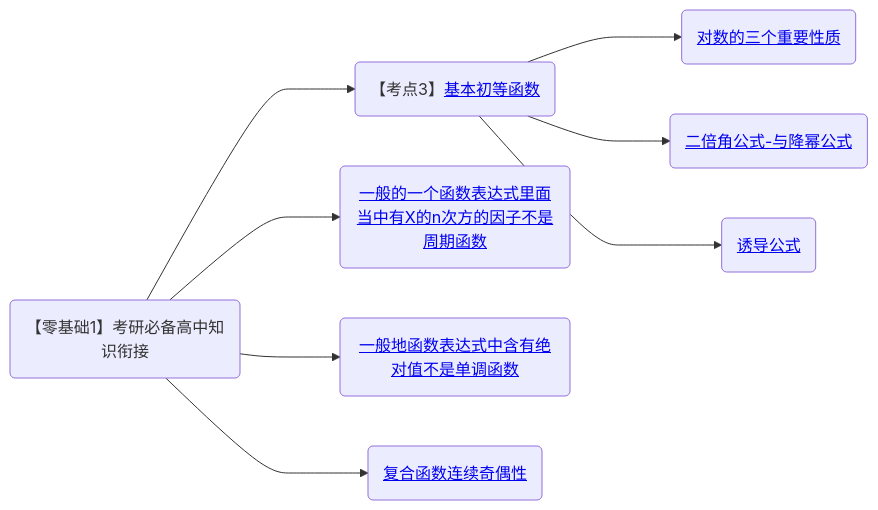
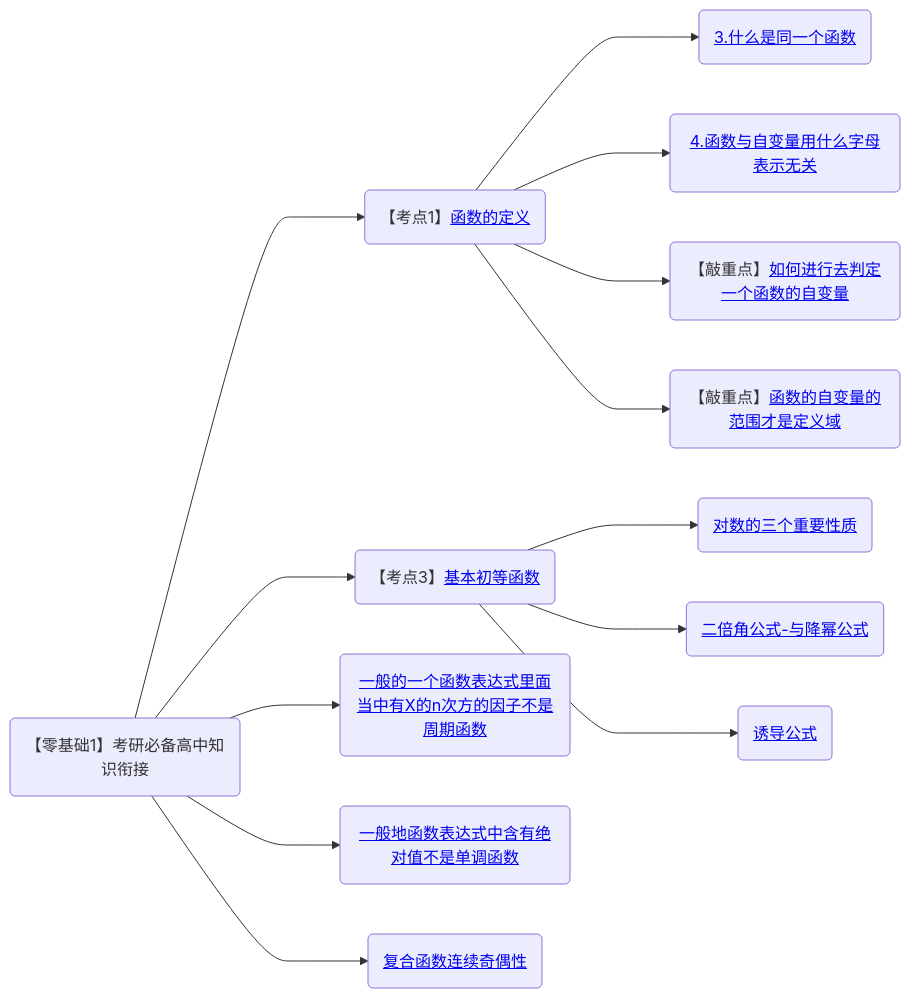
Before and after one commit to yuebinghui/note: the second of 11 diagrams in 笔记/数学/周洋鑫/框架.md, drawn with Mermaid. The commit also changed 2 other files, not shown here.

Commit message:
Wed Sep 11 09:20:00 CST 2024

````diff
--- a/笔记/数学/周洋鑫/框架.md
+++ b/笔记/数学/周洋鑫/框架.md
@@ -11,17 +11,23 @@
 ```mermaid
 graph LR
 考研必备高中知识衔接(【零基础1】考研必备高中知识衔接)
+
+考研必备高中知识衔接--->函数的定义(【考点1】<a href="/Users/yuebinghui/Documents/program/github/note/笔记/数学/周洋鑫/02.零基础核心考点精讲1-1～2-1.md#函数的定义">函数的定义</>)
+函数的定义--->3.什么是同一个函数(<a href="/Users/yuebinghui/Documents/program/github/note/笔记/数学/周洋鑫/02.零基础核心考点精讲1-1～2-1.md#3.什么是同一个函数">3.什么是同一个函数</>)
+函数的定义--->4.函数与自变量用什么字母表示无关(<a href="/Users/yuebinghui/Documents/program/github/note/笔记/数学/周洋鑫/02.零基础核心考点精讲1-1～2-1.md#4.函数与自变量用什么字母表示无关">4.函数与自变量用什么字母表示无关</>)
+函数的定义--->如何进行去判定一个函数的自变量(【敲重点】<a href="/Users/yuebinghui/Documents/program/github/note/笔记/数学/周洋鑫/02.零基础核心考点精讲1-1～2-1.md#如何进行去判定一个函数的自变量">如何进行去判定一个函数的自变量</>)
+函数的定义--->函数的自变量的范围才是定义域(【敲重点】<a href="/Users/yuebinghui/Documents/program/github/note/笔记/数学/周洋鑫/02.零基础核心考点精讲1-1～2-1.md#函数的自变量的范围才是定义域">函数的自变量的范围才是定义域</>)
 
 考研必备高中知识衔接--->基本初等函数(【考点3】<a href="/Users/yuebinghui/Documents/program/github/note/笔记/数学/周洋鑫/02.零基础核心考点精讲1-1～2-1.md#基本初等函数">基本初等函数</>)
 基本初等函数--->对数的三个重要性质(<a href="/Users/yuebinghui/Documents/program/github/note/笔记/数学/周洋鑫/02.零基础核心考点精讲1-1～2-1.md#对数的三个重要性质">对数的三个重要性质</>)
 基本初等函数--->二倍角公式-与降幂公式(<a href="/Users/yuebinghui/Documents/program/github/note/笔记/数学/周洋鑫/02.零基础核心考点精讲1-1～2-1.md#二倍角公式-与降幂公式">二倍角公式-与降幂公式</>)
 基本初等函数--->诱导公式(<a href="/Users/yuebinghui/Documents/program/github/note/笔记/数学/周洋鑫/02.零基础核心考点精讲1-1～2-1.md#诱导公式">诱导公式</>)
 
 
 
 考研必备高中知识衔接--->一般的一个函数表达式里面当中有X的n次方的因子不是周期函数(<a href="/Users/yuebinghui/Documents/program/github/note/笔记/数学/周洋鑫/04.零基础核心考点精讲3-2.md#一般的一个函数表达式里面当中有X的n次方的因子不是周期函数">一般的一个函数表达式里面当中有X的n次方的因子不是周期函数</>)
 考研必备高中知识衔接--->一般地函数表达式中含有绝对值不是单调函数(<a href="/Users/yuebinghui/Documents/program/github/note/笔记/数学/周洋鑫/04.零基础核心考点精讲3-2.md#一般地函数表达式中含有绝对值不是单调函数">一般地函数表达式中含有绝对值不是单调函数</>)
 考研必备高中知识衔接--->复合函数连续奇偶性(<a href="/Users/yuebinghui/Documents/program/github/note/笔记/数学/周洋鑫/05.1.零基础核心考点精讲4-2.md#复合函数连续奇偶性">复合函数连续奇偶性</>)
 
 
 ```
````
